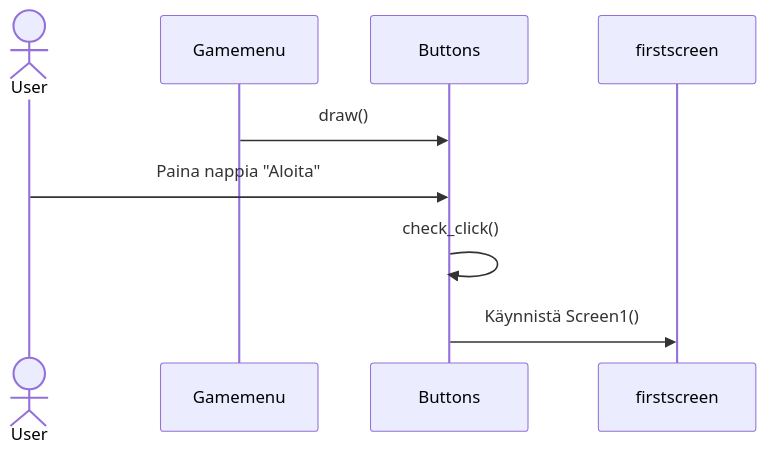
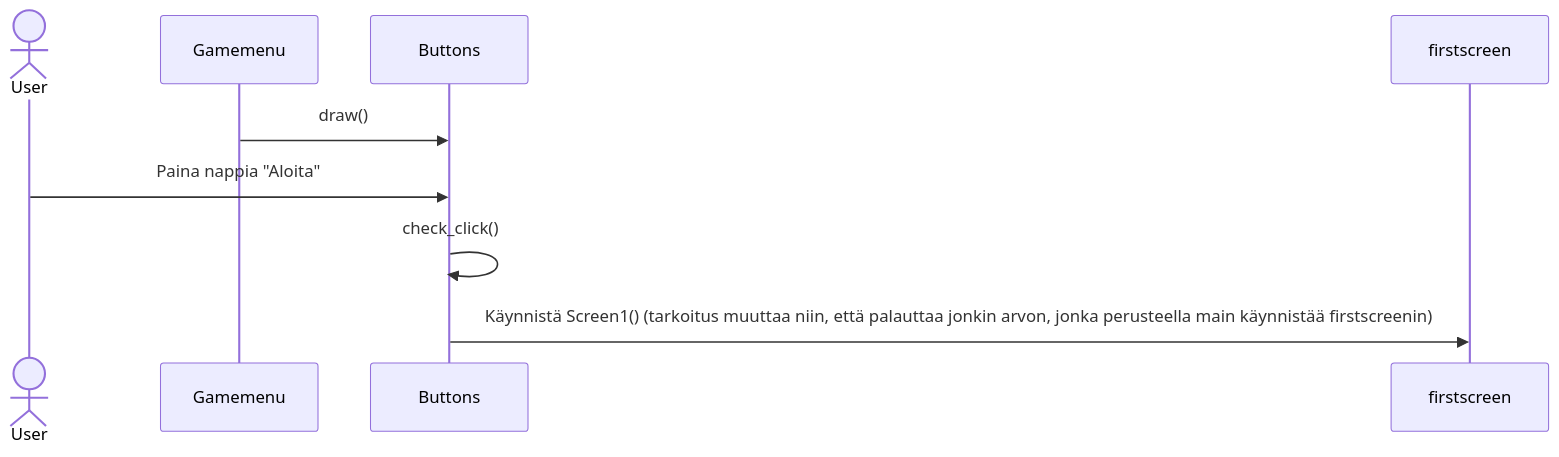
The first of 3 diagrams in TodoApp/dokumentaatio/arkkitehtuuri.md (Sampinen/ot-harjoitusty-), drawn with Mermaid before and after one commit. The commit also changed other lines of this file, not shown here.

````diff
--- a/TodoApp/dokumentaatio/arkkitehtuuri.md
+++ b/TodoApp/dokumentaatio/arkkitehtuuri.md
@@ -25,11 +28,11 @@
 ```mermaid
 sequenceDiagram
   actor User
   participant Gamemenu
   participant Buttons
   participant firstscreen
 Gamemenu->>Buttons: draw()
   User->>Buttons:Paina nappia "Aloita"
   Buttons->>Buttons: check_click()
-  Buttons ->> firstscreen: Käynnistä Screen1()
+  Buttons ->> firstscreen: Käynnistä Screen1() (tarkoitus muuttaa niin, että palauttaa jonkin arvon, jonka perusteella main käynnistää firstscreenin)
 ```
````
